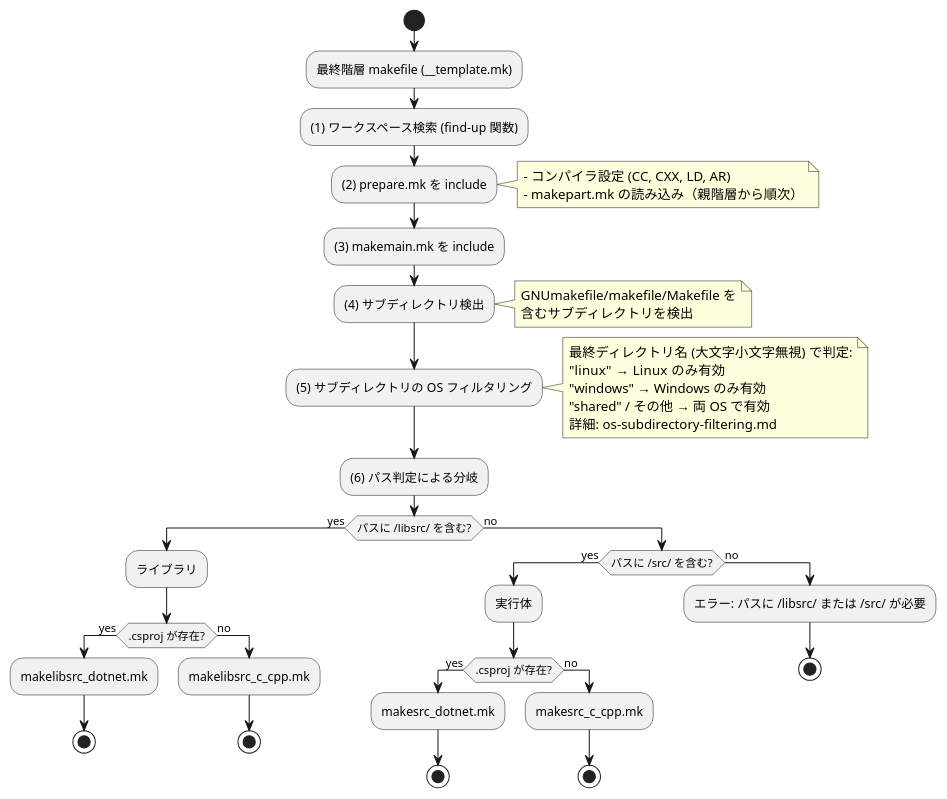
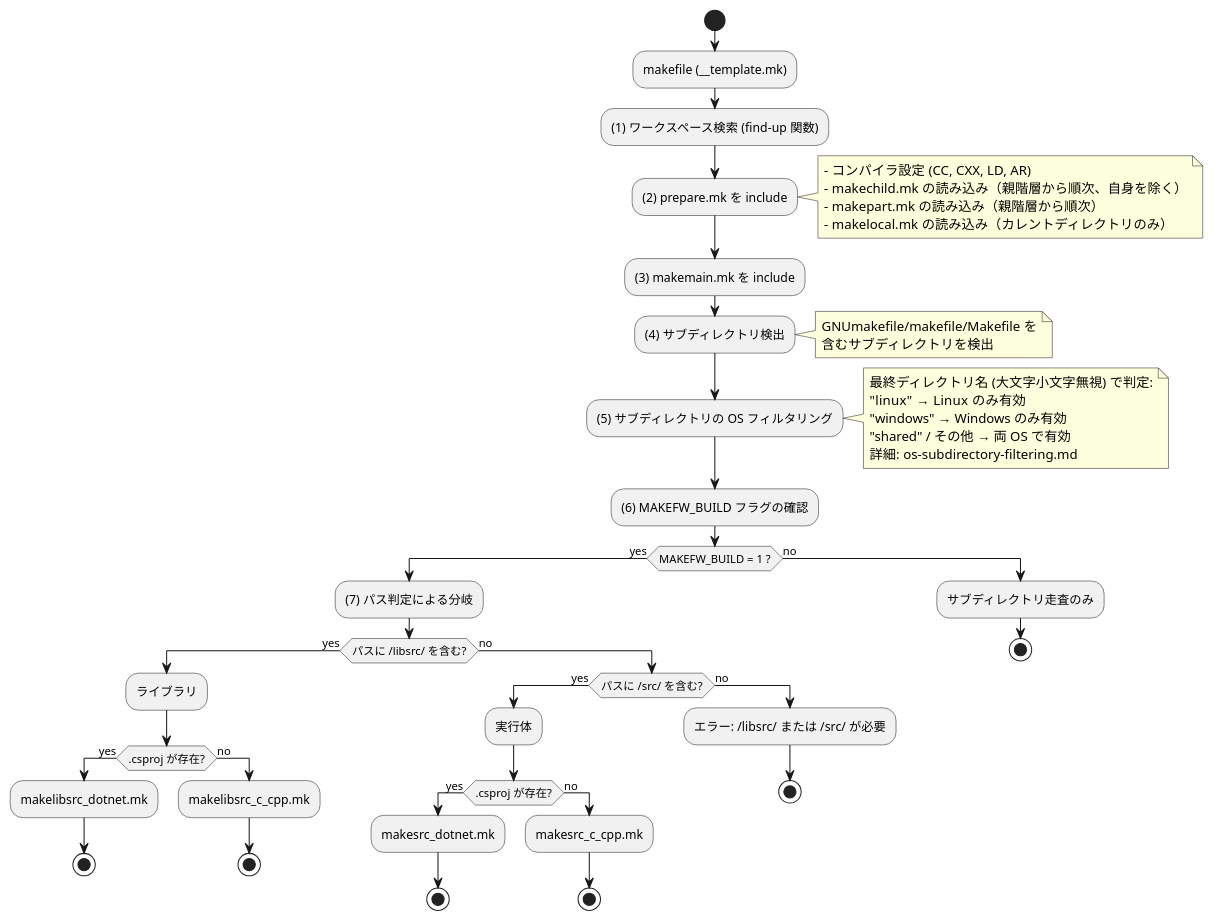
Before and after one commit to Hondarer/make-framework: the diagram in docs/template-auto-selection.md, drawn with PlantUML. The commit also changed other lines of this file and 6 other files, not shown here.

````diff
--- a/docs/template-auto-selection.md
+++ b/docs/template-auto-selection.md
@@ -33,52 +33,60 @@
 ```plantuml
 @startuml
 start
-:最終階層 makefile (__template.mk);
+:makefile (__template.mk);
 :(1) ワークスペース検索 (find-up 関数);
 :(2) prepare.mk を include;
 note right
   - コンパイラ設定 (CC, CXX, LD, AR)
+  - makechild.mk の読み込み（親階層から順次、自身を除く）
   - makepart.mk の読み込み（親階層から順次）
+  - makelocal.mk の読み込み（カレントディレクトリのみ）
 end note
 :(3) makemain.mk を include;
 :(4) サブディレクトリ検出;
 note right
   GNUmakefile/makefile/Makefile を
   含むサブディレクトリを検出
 end note
 :(5) サブディレクトリの OS フィルタリング;
 note right
   最終ディレクトリ名 (大文字小文字無視) で判定:
   "linux"   → Linux のみ有効
   "windows" → Windows のみ有効
   "shared" / その他 → 両 OS で有効
   詳細: os-subdirectory-filtering.md
 end note
-:(6) パス判定による分岐;
+:(6) MAKEFW_BUILD フラグの確認;
 
-if (パスに /libsrc/ を含む?) then (yes)
-  :ライブラリ;
-  if (.csproj が存在?) then (yes)
-    :makelibsrc_dotnet.mk;
-    stop
-  else (no)
-    :makelibsrc_c_cpp.mk;
-    stop
-  endif
-else (no)
-  if (パスに /src/ を含む?) then (yes)
-    :実行体;
+if (MAKEFW_BUILD = 1 ?) then (yes)
+  :(7) パス判定による分岐;
+  if (パスに /libsrc/ を含む?) then (yes)
+    :ライブラリ;
     if (.csproj が存在?) then (yes)
-      :makesrc_dotnet.mk;
+      :makelibsrc_dotnet.mk;
       stop
     else (no)
-      :makesrc_c_cpp.mk;
+      :makelibsrc_c_cpp.mk;
       stop
     endif
   else (no)
-    :エラー: パスに /libsrc/ または /src/ が必要;
-    stop
+    if (パスに /src/ を含む?) then (yes)
+      :実行体;
+      if (.csproj が存在?) then (yes)
+        :makesrc_dotnet.mk;
+        stop
+      else (no)
+        :makesrc_c_cpp.mk;
+        stop
+      endif
+    else (no)
+      :エラー: /libsrc/ または /src/ が必要;
+      stop
+    endif
   endif
+else (no)
+  :サブディレクトリ走査のみ;
+  stop
 endif
 @enduml
 ```
````
